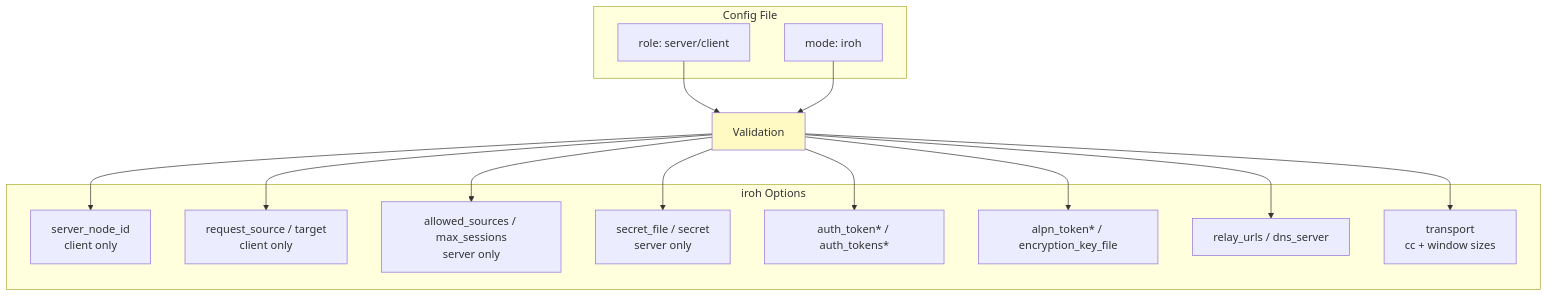
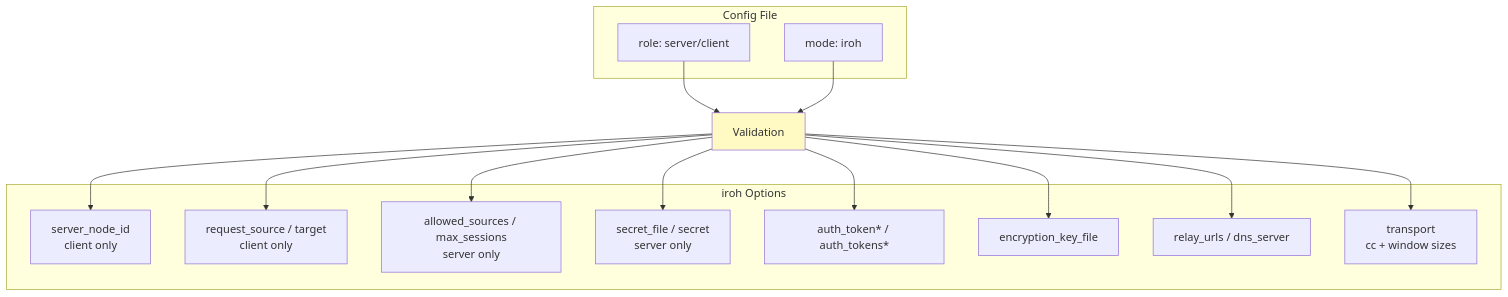
One commit to andrewtheguy/tunnel-rs changed the tenth of 22 diagrams in docs/ARCHITECTURE.md. Above: the diagram before and after it, drawn with Mermaid. The commit also changed other lines of this file and 12 other files, not shown here.

````diff
--- a/docs/ARCHITECTURE.md
+++ b/docs/ARCHITECTURE.md
@@ -346,31 +343,31 @@
 ```mermaid
 graph TB
     subgraph "Config File"
         A[role: server/client]
         B[mode: iroh]
     end
 
     subgraph "iroh Options"
         C[server_node_id<br/>client only]
         D[request_source / target<br/>client only]
         E[allowed_sources / max_sessions<br/>server only]
         F[secret_file / secret<br/>server only]
         G[auth_token* / auth_tokens*]
-        H[alpn_token* / encryption_key_file]
+        H[encryption_key_file]
         I[relay_urls / dns_server]
         J[transport<br/>cc + window sizes]
     end
 
     A --> S[Validation]
     B --> S
     S --> C
     S --> D
     S --> E
     S --> F
     S --> G
     S --> H
     S --> I
     S --> J
 
     style S fill:#FFF9C4
 ```
````
